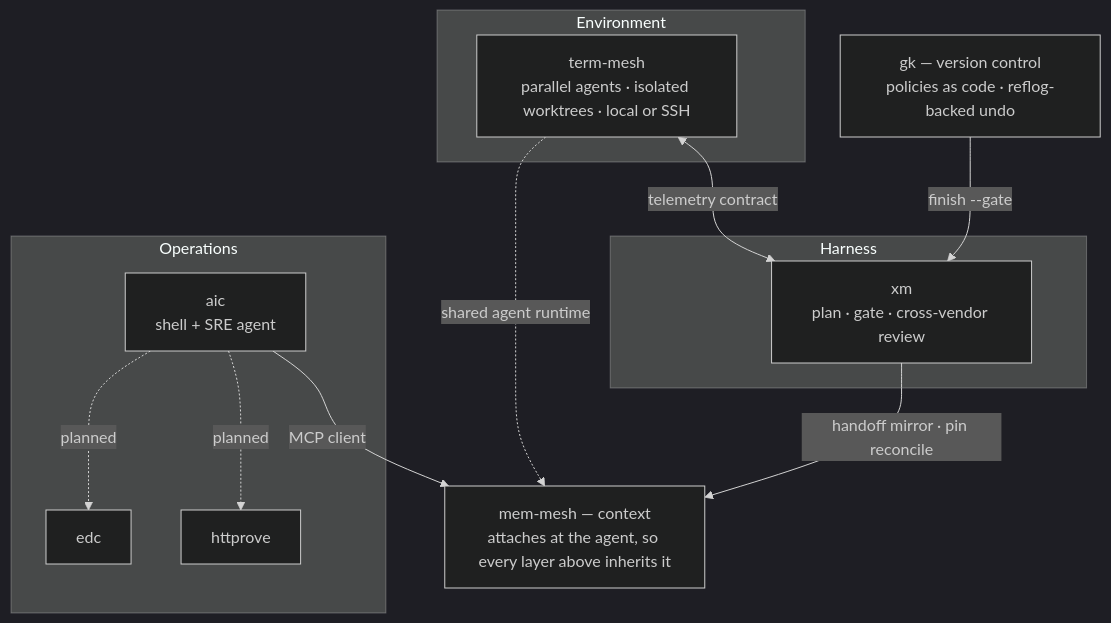
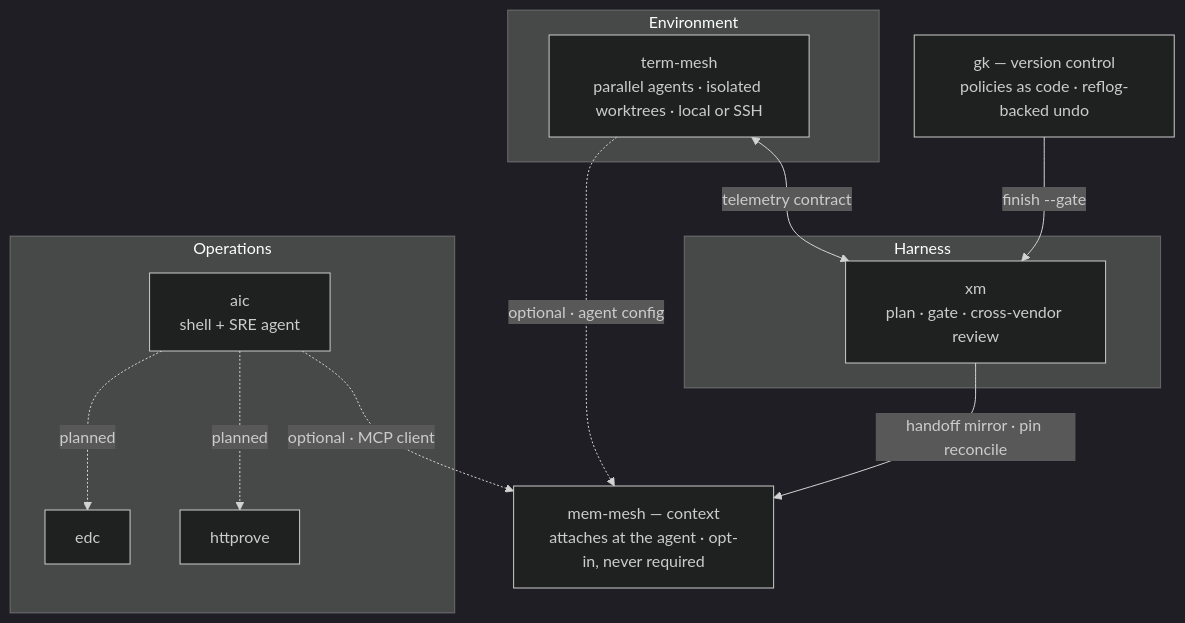
The diagram in profile/README.md (x-mesh/.github), drawn with Mermaid (dark theme) before and after one commit. The commit also changed other lines of this file, not shown here.

Commit message:
Mark mem-mesh as opt-in, not required

````diff
--- a/profile/README.md
+++ b/profile/README.md
@@ -22,23 +22,23 @@
 ```mermaid
 graph TB
   subgraph ENV["Environment"]
     TM["term-mesh<br/>parallel agents · isolated worktrees · local or SSH"]
   end
   subgraph HARNESS["Harness"]
     XM["xm<br/>plan · gate · cross-vendor review"]
   end
   subgraph OPS["Operations"]
     AIC["aic<br/>shell + SRE agent"]
     EDC["edc"]
     HP["httprove"]
   end
   GK["gk — version control<br/>policies as code · reflog-backed undo"]
-  MM["mem-mesh — context<br/>attaches at the agent, so every layer above inherits it"]
+  MM["mem-mesh — context<br/>attaches at the agent · opt-in, never required"]
   TM <-->|"telemetry contract"| XM
   GK -->|"finish --gate"| XM
-  TM -.->|"shared agent runtime"| MM
+  TM -.->|"optional · agent config"| MM
   XM -->|"handoff mirror · pin reconcile"| MM
-  AIC -->|"MCP client"| MM
+  AIC -.->|"optional · MCP client"| MM
   AIC -.->|"planned"| EDC
   AIC -.->|"planned"| HP
 ```
````
